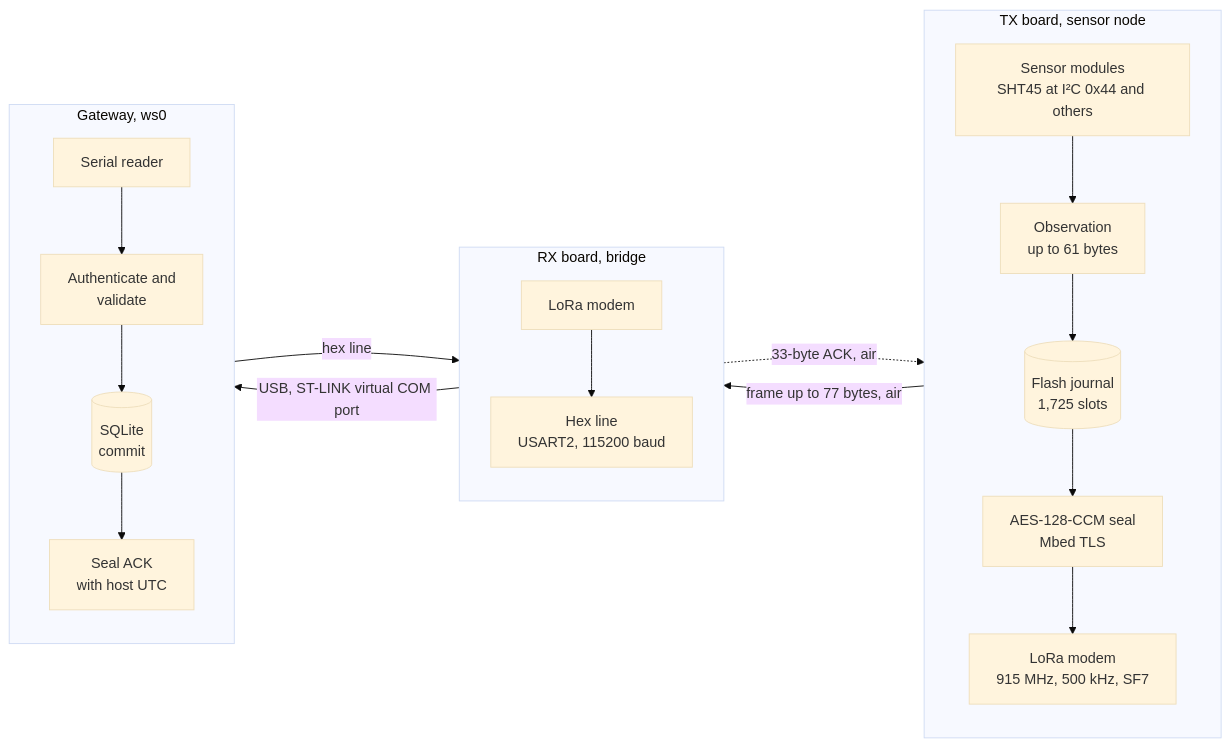
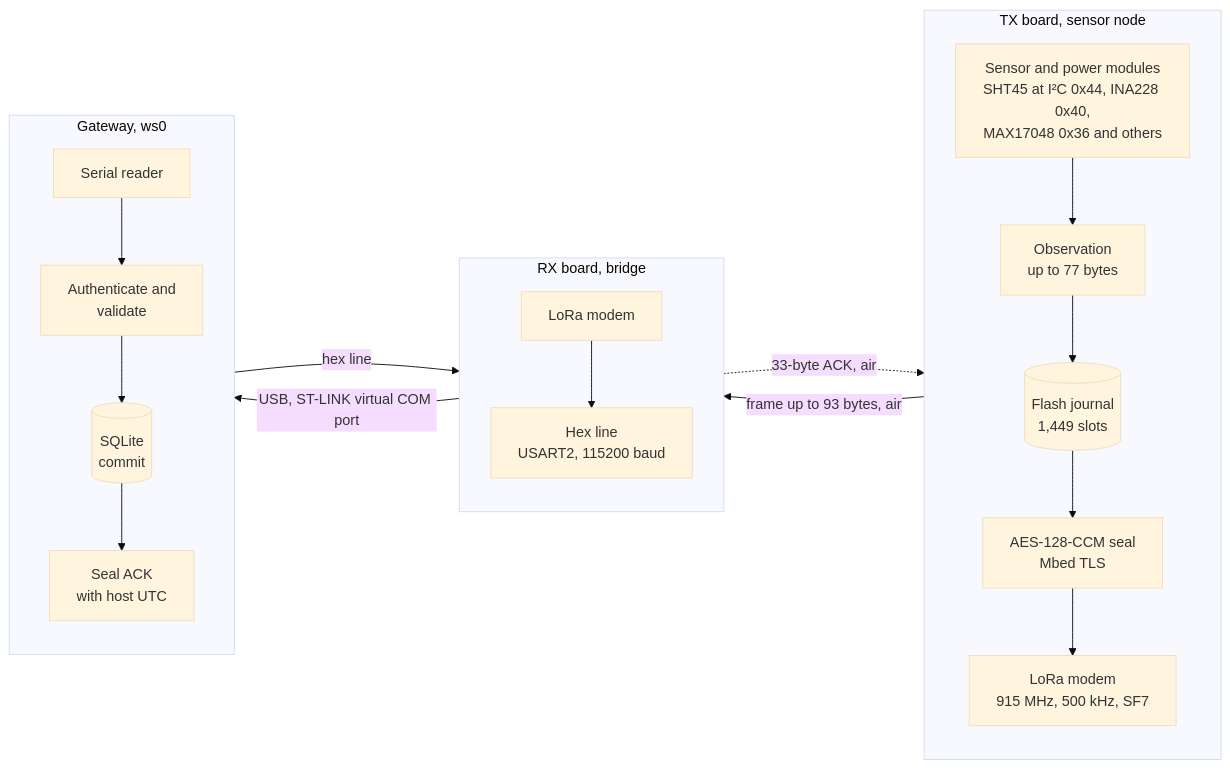
The first of 22 diagrams in docs/protocol-stack.md (clintecker/weather-station-2026), drawn with Mermaid (base theme) before and after one commit. The commit also changed other lines of this file and 303 other files, not shown here.

````diff
--- a/docs/protocol-stack.md
+++ b/docs/protocol-stack.md
@@ -36,24 +36,24 @@
 ```mermaid
 flowchart LR
   subgraph TX["TX board, sensor node"]
     direction TB
-    S["Sensor modules<br/>SHT45 at I²C 0x44 and others"] --> M["Observation<br/>up to 61 bytes"]
-    M --> J[("Flash journal<br/>1,725 slots")]
+    S["Sensor and power modules<br/>SHT45 at I²C 0x44, INA228 0x40,<br/>MAX17048 0x36 and others"] --> M["Observation<br/>up to 77 bytes"]
+    M --> J[("Flash journal<br/>1,449 slots")]
     J --> E["AES-128-CCM seal<br/>Mbed TLS"]
     E --> R1["LoRa modem<br/>915 MHz, 500 kHz, SF7"]
   end
   subgraph RX["RX board, bridge"]
     direction TB
     R2["LoRa modem"] --> H["Hex line<br/>USART2, 115200 baud"]
   end
   subgraph HOST["Gateway, ws0"]
     direction TB
     U["Serial reader"] --> V["Authenticate and<br/>validate"]
     V --> D[("SQLite<br/>commit")]
     D --> A["Seal ACK<br/>with host UTC"]
   end
-  R1 -- "frame up to 77 bytes, air" --> R2
+  R1 -- "frame up to 93 bytes, air" --> R2
   H -- "USB, ST-LINK virtual COM port" --> U
   A -- "hex line" --> H
   R2 -. "33-byte ACK, air" .-> R1
 ```
````
